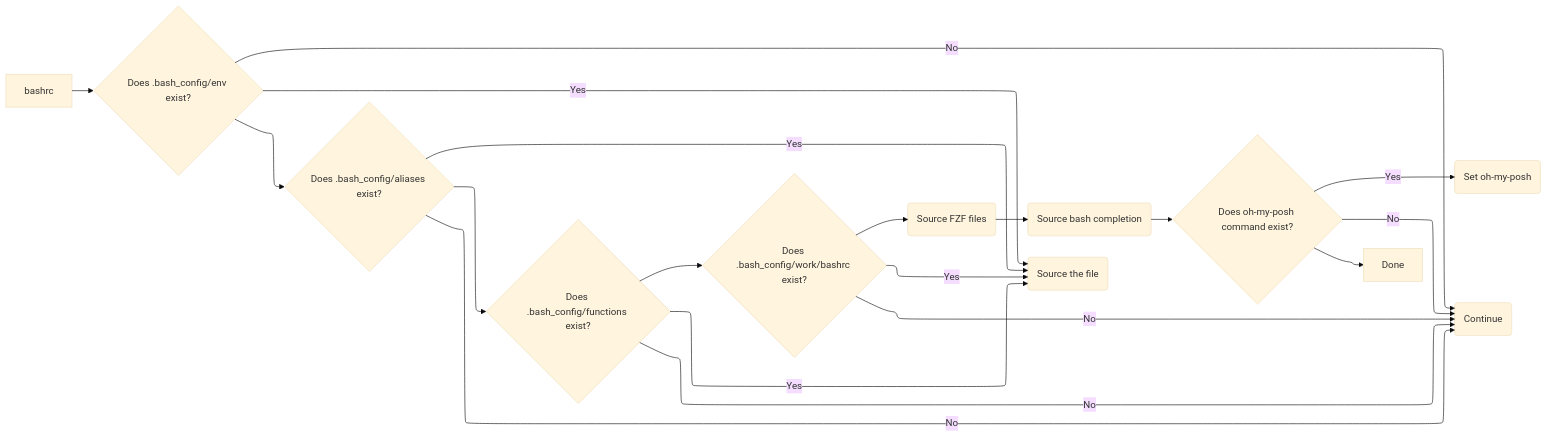
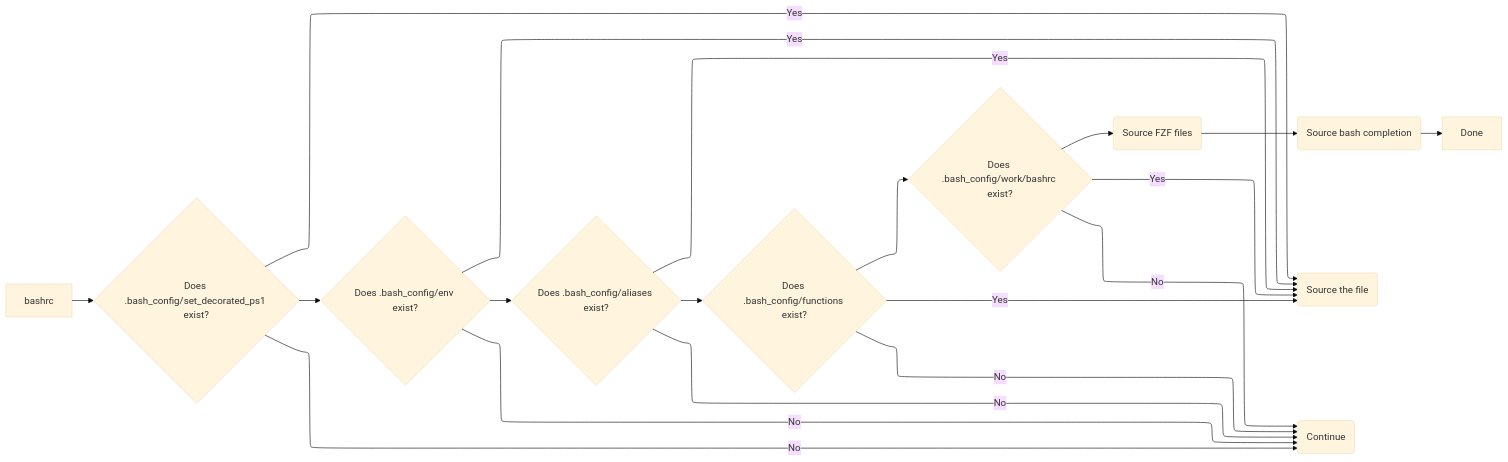
The diagram in README.md (onurozuduru/dotfiles), drawn with Mermaid (base theme) before and after one commit. The commit also changed 4 other files, not shown here.

Commit message:
Remove oh-my-posh and use PROMPT_COMMAND instead

````diff
--- a/README.md
+++ b/README.md
@@ -16,24 +16,24 @@
 ```mermaid
 flowchart-elk LR
 %% Main flow
-  BASHRC[bashrc] --> ENV{Does .bash_config/env exist?}
+  BASHRC[bashrc] --> PS1{Does .bash_config/set_decorated_ps1 exist?}
+  PS1 --> ENV{Does .bash_config/env exist?}
   ENV --> ALIASES{Does .bash_config/aliases exist?}
   ALIASES --> FUNCTIONS{Does .bash_config/functions exist?}
   FUNCTIONS --> WORK{Does .bash_config/work/bashrc exist?}
   WORK --> FZF(Source FZF files)
   FZF --> COMP(Source bash completion)
-  COMP --> OMP{Does oh-my-posh command exist?}
-  OMP --> DONE[Done]
+  COMP --> DONE[Done]
 %% Yes branch
-  ENV --> |Yes| SOURCE(Source the file)
+  PS1 --> |Yes| SOURCE(Source the file)
+  ENV --> |Yes| SOURCE
   ALIASES --> |Yes| SOURCE
   FUNCTIONS --> |Yes| SOURCE
   WORK --> |Yes| SOURCE
-  OMP --> |Yes| SETOMP(Set oh-my-posh)
 %% No branch
-  ENV --> |No| CONTINUE(Continue)
+  PS1 --> |No| CONTINUE(Continue)
+  ENV --> |No| CONTINUE
   ALIASES --> |No| CONTINUE
   FUNCTIONS --> |No| CONTINUE
   WORK --> |No| CONTINUE
-  OMP --> |No| CONTINUE
 ```
````
